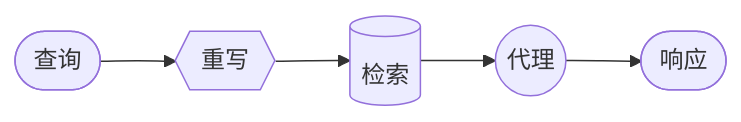
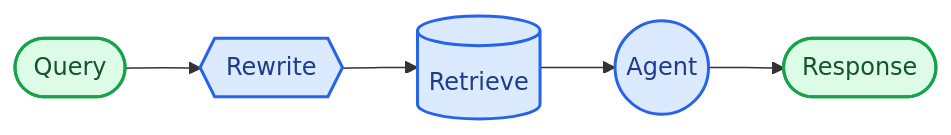
One commit to kunfan96/cndocs-langchain changed the second of 2 diagrams in oss/javascript/langchain/multi-agent/custom-workflow.mdx. Above: the diagram before and after it, drawn with Mermaid. The commit also changed other lines of this file and 2611 other files, not shown here.

````diff
--- a/oss/javascript/langchain/multi-agent/custom-workflow.mdx
+++ b/oss/javascript/langchain/multi-agent/custom-workflow.mdx
@@ -87,7 +95,13 @@
 ```mermaid
 graph LR
-    A([查询]) --> B{{重写}}
-    B --> C[(检索)]
-    C --> D((代理))
-    D --> E([响应])
+    A([Query]) --> B{{Rewrite}}
+    B --> C[(Retrieve)]
+    C --> D((Agent))
+    D --> E([Response])
+
+    classDef trigger fill:#DCFCE7,stroke:#16A34A,stroke-width:2px,color:#14532D
+    classDef process fill:#DBEAFE,stroke:#2563EB,stroke-width:2px,color:#1E3A8A
+
+    class A,E trigger
+    class B,C,D process
 ```
````
